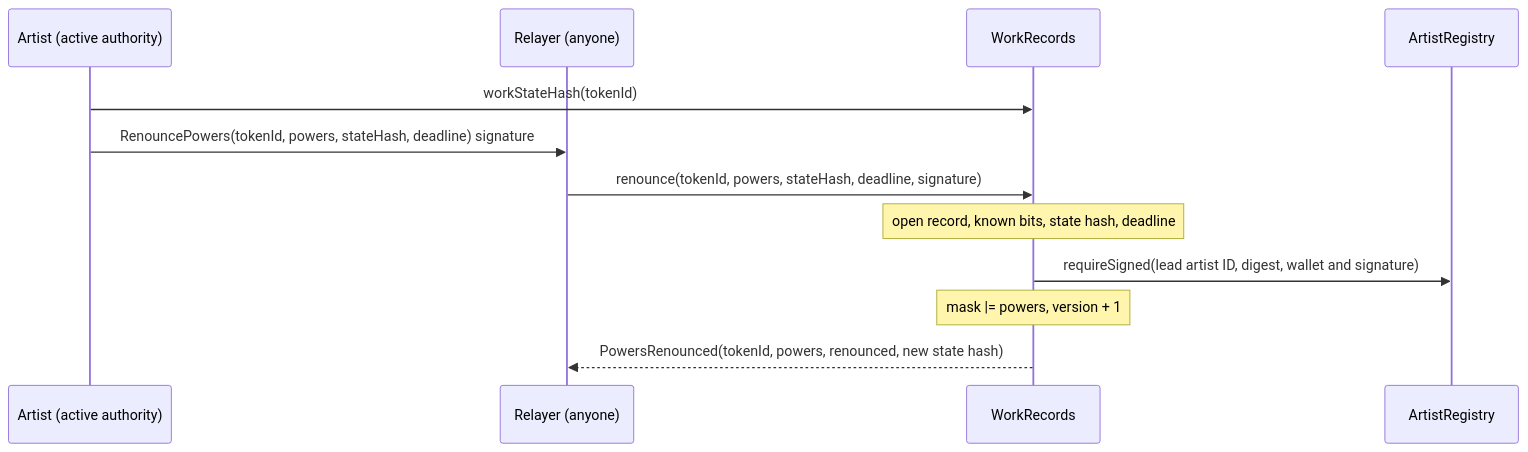
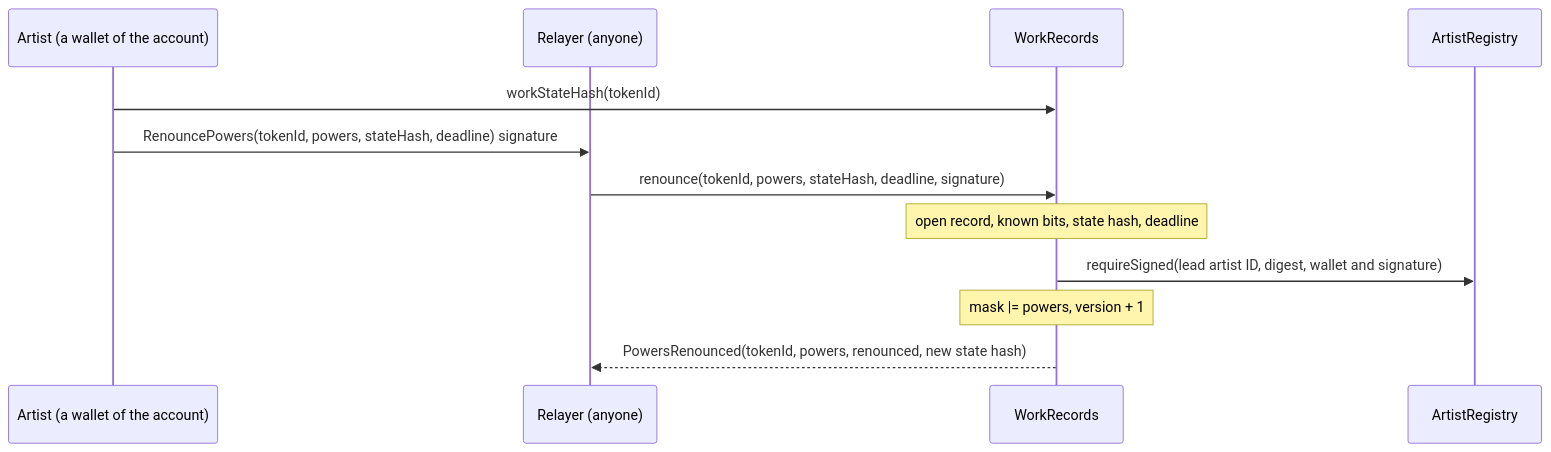
The ninth of 10 diagrams in docs/spec/works-and-storage.md (6529-Collections/6529-works), drawn with Mermaid before and after one commit. The commit also changed other lines of this file and 11 other files, not shown here.

````diff
--- a/docs/spec/works-and-storage.md
+++ b/docs/spec/works-and-storage.md
@@ -437,14 +440,14 @@
 ```mermaid
 sequenceDiagram
-    participant Ar as Artist (active authority)
+    participant Ar as Artist (a wallet of the account)
     participant R as Relayer (anyone)
     participant WR as WorkRecords
     participant AR as ArtistRegistry
     Ar->>WR: workStateHash(tokenId)
     Ar->>R: RenouncePowers(tokenId, powers, stateHash, deadline) signature
     R->>WR: renounce(tokenId, powers, stateHash, deadline, signature)
     Note over WR: open record, known bits, state hash, deadline
     WR->>AR: requireSigned(lead artist ID, digest, wallet and signature)
     Note over WR: mask |= powers, version + 1
     WR-->>R: PowersRenounced(tokenId, powers, renounced, new state hash)
 ```
````
